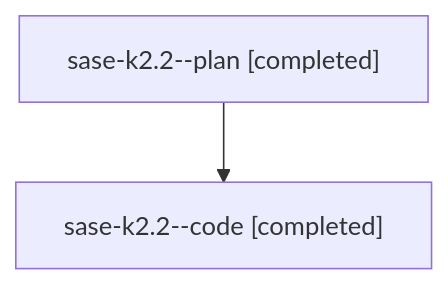
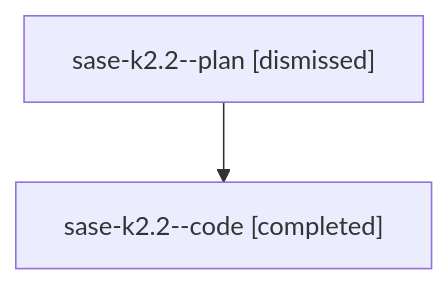
The diagram in families/bbugyi200.athena.sase-k2.2.md (sase-org/sase--agents), drawn with Mermaid before and after one commit. The commit also changed other lines of this file and 1607 other files, not shown here.

````diff
--- a/families/bbugyi200.athena.sase-k2.2.md
+++ b/families/bbugyi200.athena.sase-k2.2.md
@@ -9,6 +9,6 @@
 ```mermaid
 flowchart TD
-  n0["sase-k2.2--plan [completed]"]
+  n0["sase-k2.2--plan [dismissed]"]
   n1["sase-k2.2--code [completed]"]
   n0 --> n1
 ```
````
